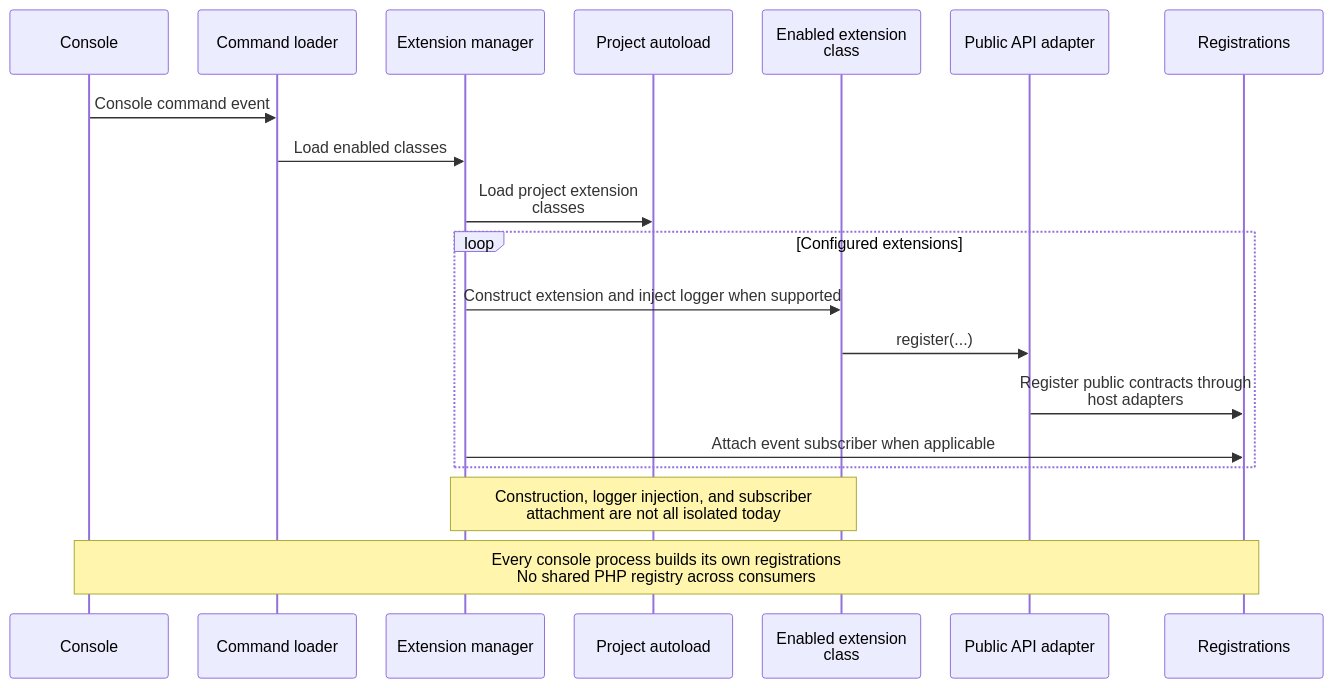
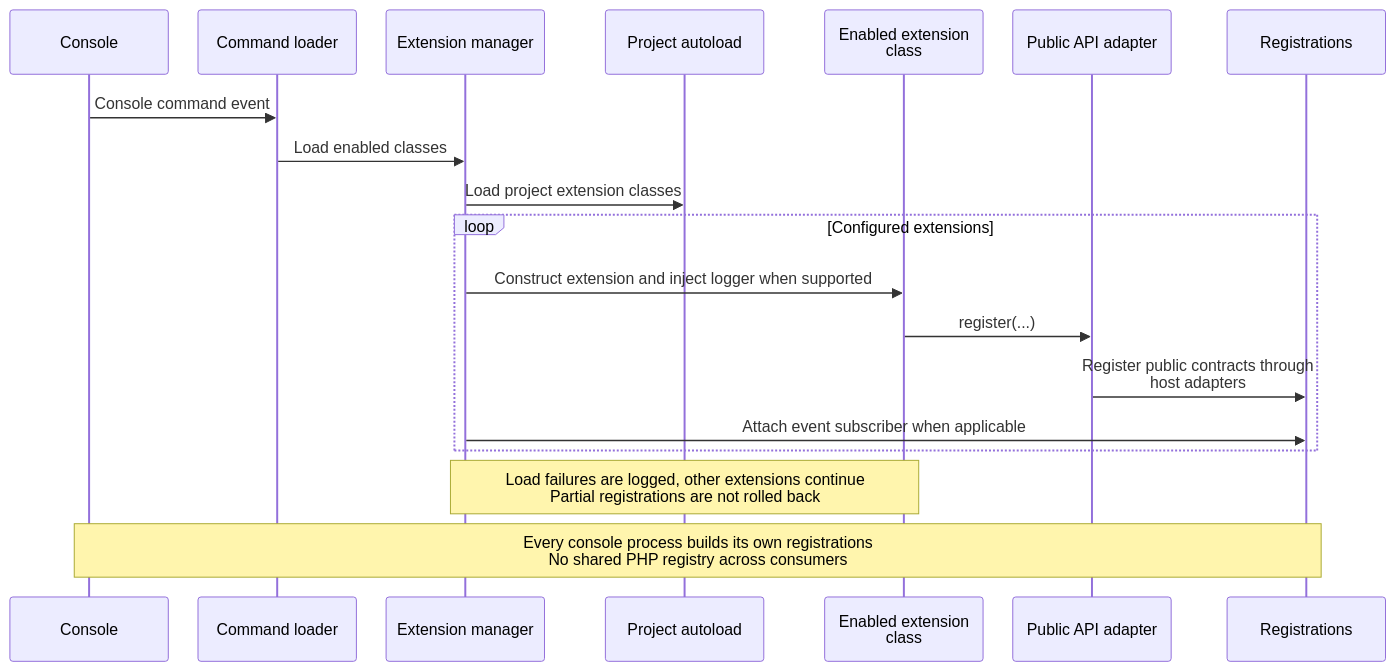
Before and after one commit to ineersa/agent-core: the first of 5 diagrams in architecture/extensions-and-agents.md, drawn with Mermaid. The commit also changed other lines of this file and 3 other files, not shown here.

````diff
--- a/architecture/extensions-and-agents.md
+++ b/architecture/extensions-and-agents.md
@@ -7,23 +7,23 @@
 ```mermaid
 %%{init: {"sequence": {"wrap": true, "width": 160, "actorMargin": 30, "diagramMarginX": 10, "messageMargin": 30}}}%%
 sequenceDiagram
     participant Console
     participant Loader as Command loader
     participant Manager as Extension manager
     participant Autoload as Project autoload
     participant Extension as Enabled extension class
     participant API as Public API adapter
     participant Registry as Registrations
 
     Console->>Loader: Console command event
     Loader->>Manager: Load enabled classes
     Manager->>Autoload: Load project extension classes
     loop Configured extensions
         Manager->>Extension: Construct extension and inject logger when supported
         Extension->>API: register(...)
         API->>Registry: Register public contracts through host adapters
         Manager->>Registry: Attach event subscriber when applicable
     end
-    Note over Manager,Extension: Construction, logger injection, and subscriber attachment are not all isolated today
+    Note over Manager,Extension: Load failures are logged, other extensions continue<br/>Partial registrations are not rolled back
     Note over Console,Registry: Every console process builds its own registrations<br/>No shared PHP registry across consumers
 ```
````
